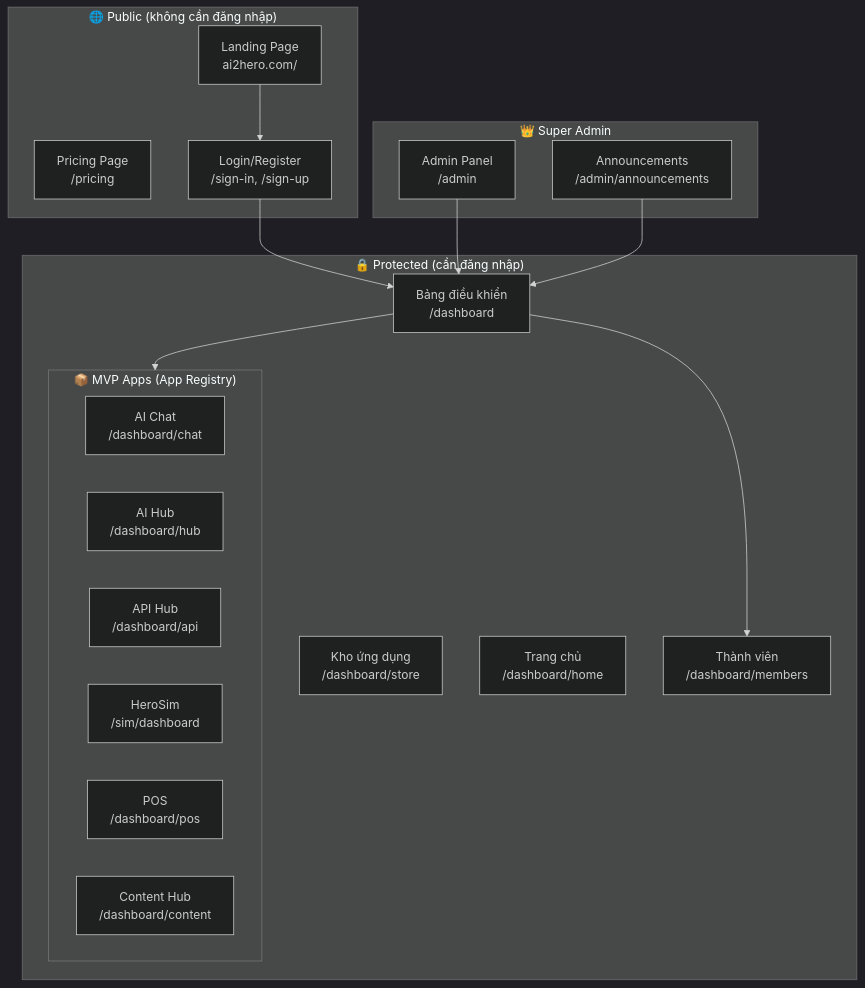
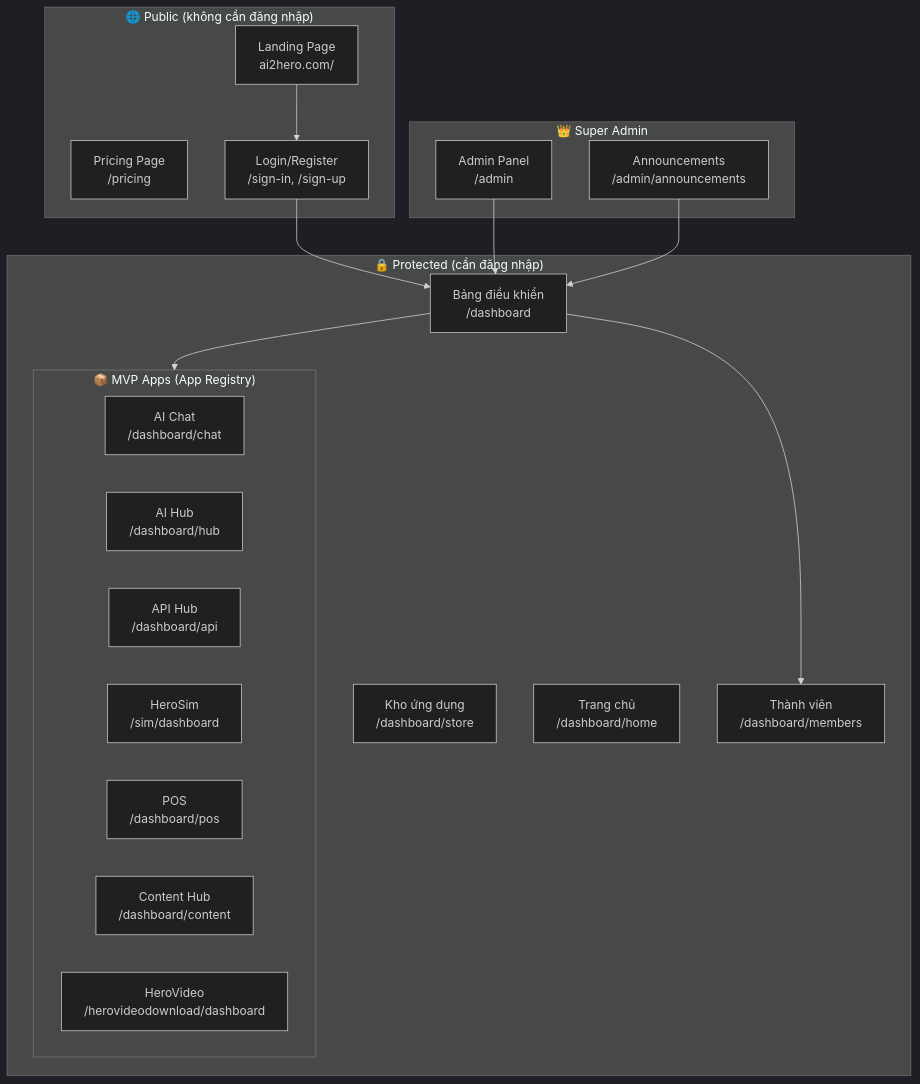
The diagram in UI_MAP.md (nvhung1088-alt/ai2hero), drawn with Mermaid (dark theme) before and after one commit. The commit also changed other lines of this file and 127 other files, not shown here.

Commit message:
feat: [HeroVideo] integrate MVP downloader with Local File Player and sync API v1.0.2

````diff
--- a/UI_MAP.md
+++ b/UI_MAP.md
@@ -7,36 +7,37 @@
 ```mermaid
 graph TB
     subgraph Public["🌐 Public (không cần đăng nhập)"]
         LP[Landing Page<br>ai2hero.com/]
         PR[Pricing Page<br>/pricing]
         LG[Login/Register<br>/sign-in, /sign-up]
     end
 
     subgraph Protected["🔒 Protected (cần đăng nhập)"]
         DB[Bảng điều khiển<br>/dashboard]
         ST[Kho ứng dụng<br>/dashboard/store]
         HM[Trang chủ<br>/dashboard/home]
         MB[Thành viên<br>/dashboard/members]
         
         subgraph MVPs["📦 MVP Apps (App Registry)"]
             CHAT[AI Chat<br>/dashboard/chat]
             HUB[AI Hub<br>/dashboard/hub]
             API[API Hub<br>/dashboard/api]
             SIM[HeroSim<br>/sim/dashboard]
             POS[POS<br>/dashboard/pos]
             CONTENT[Content Hub<br>/dashboard/content]
+            VIDEO[HeroVideo<br>/herovideodownload/dashboard]
         end
     end
 
     subgraph Admin["👑 Super Admin"]
         SA[Admin Panel<br>/admin]
         AN[Announcements<br>/admin/announcements]
     end
 
     LP --> LG
     LG --> DB
     DB --> MVPs
     DB --> MB
     SA --> DB
     AN --> DB
 ```
````
